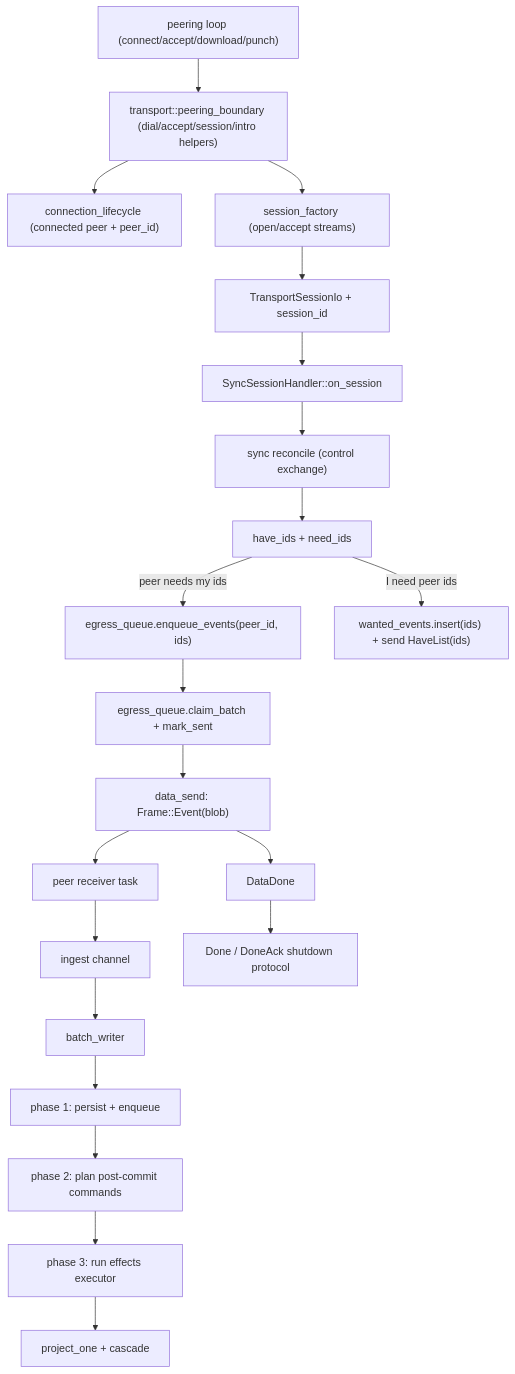
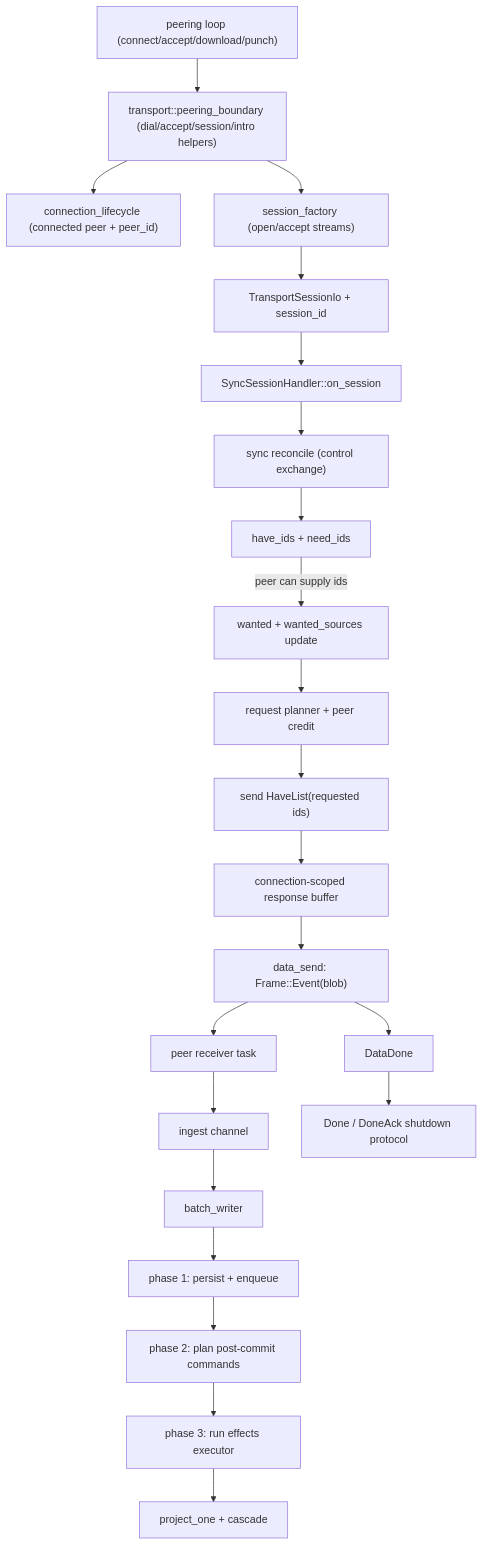
The third of 8 diagrams in docs/DESIGN_DIAGRAMS.md (holmesworcester/topo), drawn with Mermaid before and after one commit. The commit also changed other lines of this file and 10 other files, not shown here.

Commit message:
Remove dead sync egress queue surface

````diff
--- a/docs/DESIGN_DIAGRAMS.md
+++ b/docs/DESIGN_DIAGRAMS.md
@@ -66,28 +66,28 @@
 ```mermaid
 flowchart TD
     PEER["peering loop (connect/accept/download/punch)"] --> BOUND["transport::peering_boundary (dial/accept/session/intro helpers)"]
     BOUND --> LIFE["connection_lifecycle (connected peer + peer_id)"]
     BOUND --> FACT["session_factory (open/accept streams)"]
     FACT --> IO["TransportSessionIo + session_id"]
     IO --> HANDLER["SyncSessionHandler::on_session"]
 
     HANDLER --> SYNC_RECON["sync reconcile (control exchange)"]
     SYNC_RECON --> IDS["have_ids + need_ids"]
 
-    IDS -->|peer needs my ids| ENQ["egress_queue.enqueue_events(peer_id, ids)"]
-    IDS -->|I need peer ids| HAVE["wanted_events.insert(ids) + send HaveList(ids)"]
-
-    ENQ --> CLAIM["egress_queue.claim_batch + mark_sent"]
-    CLAIM --> OUT["data_send: Frame::Event(blob)"]
+    IDS -->|peer can supply ids| WANT["wanted + wanted_sources update"]
+    WANT --> PLAN["request planner + peer credit"]
+    PLAN --> REQ["send HaveList(requested ids)"]
+    REQ --> RESPQ["connection-scoped response buffer"]
+    RESPQ --> OUT["data_send: Frame::Event(blob)"]
     OUT --> RX["peer receiver task"]
     RX --> IN["ingest channel"]
 
     IN --> WRITER["batch_writer"]
     WRITER --> P1["phase 1: persist + enqueue"]
     P1 --> P2["phase 2: plan post-commit commands"]
     P2 --> P3["phase 3: run effects executor"]
     P3 --> PROJ["project_one + cascade"]
 
     OUT --> DD["DataDone"]
     DD --> SHUT["Done / DoneAck shutdown protocol"]
 ```
````
